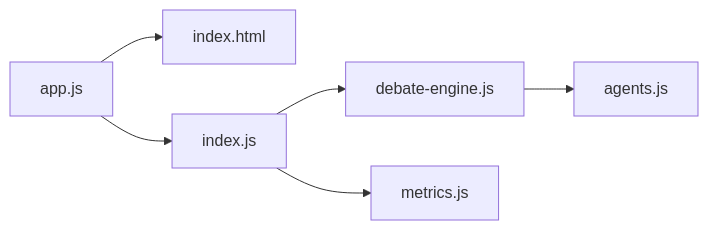
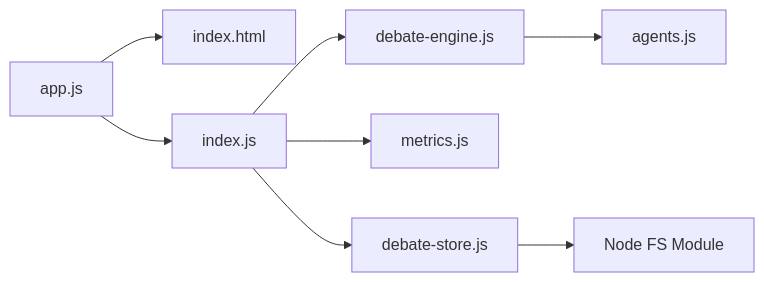
Before and after one commit to RunTimeAdmin/tri-ai: the eighth of 8 diagrams in .qoder/repowiki/en/content/AI Debate Engine/Real-Time Streaming Architecture.md, drawn with Mermaid. The commit also changed other lines of this file and 21 other files, not shown here.

````diff
--- a/.qoder/repowiki/en/content/AI Debate Engine/Real-Time Streaming Architecture.md
+++ b/.qoder/repowiki/en/content/AI Debate Engine/Real-Time Streaming Architecture.md
@@ -300,8 +369,10 @@
 ```mermaid
 graph LR
 APPJS["app.js"] --> INDEXHTML["index.html"]
 APPJS --> INDEXJS["index.js"]
 INDEXJS --> DEBATEENGINEJS["debate-engine.js"]
 DEBATEENGINEJS --> AGENTSJS["agents.js"]
 INDEXJS --> METRICSJS["metrics.js"]
+INDEXJS --> DEBATESTOREJS["debate-store.js"]
+DEBATESTOREJS --> FS["Node FS Module"]
 ```
````
